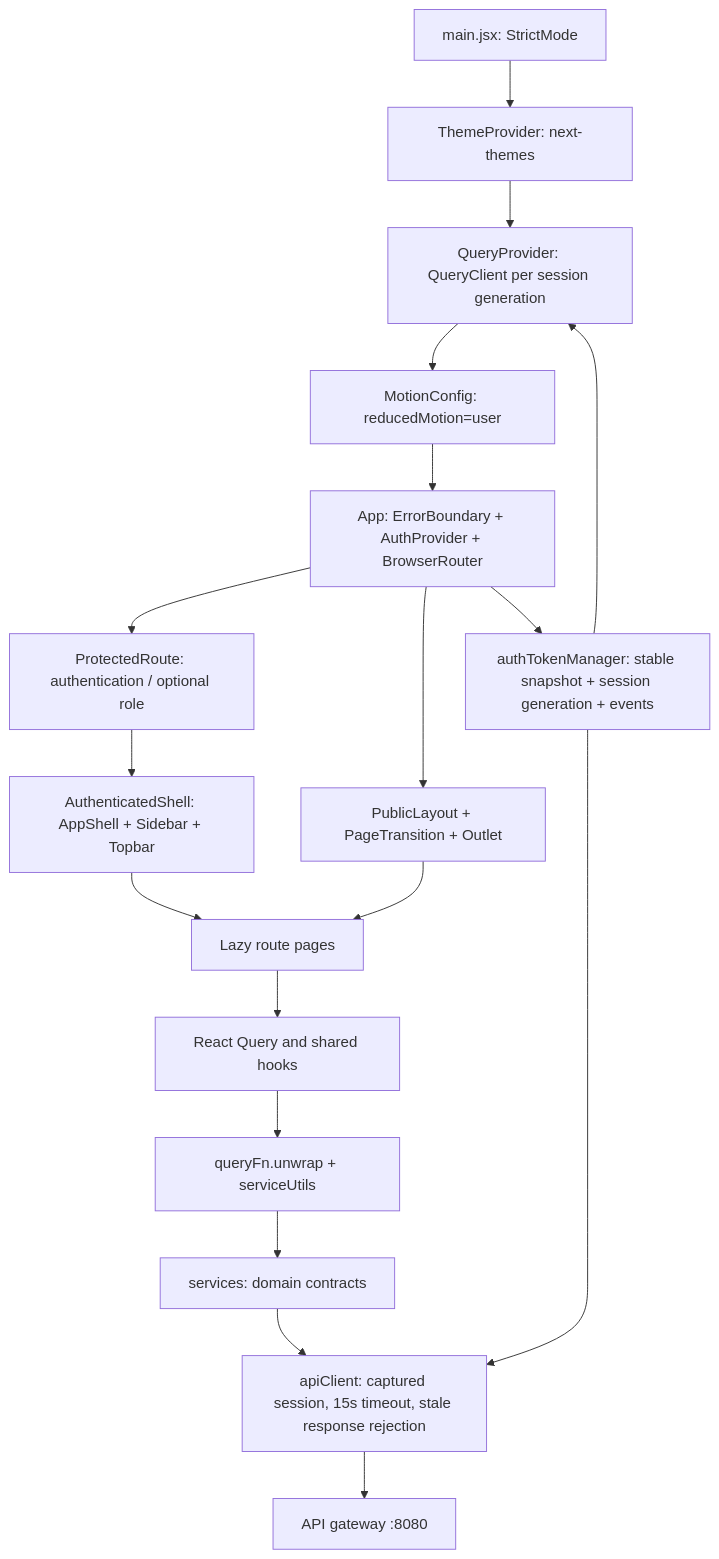
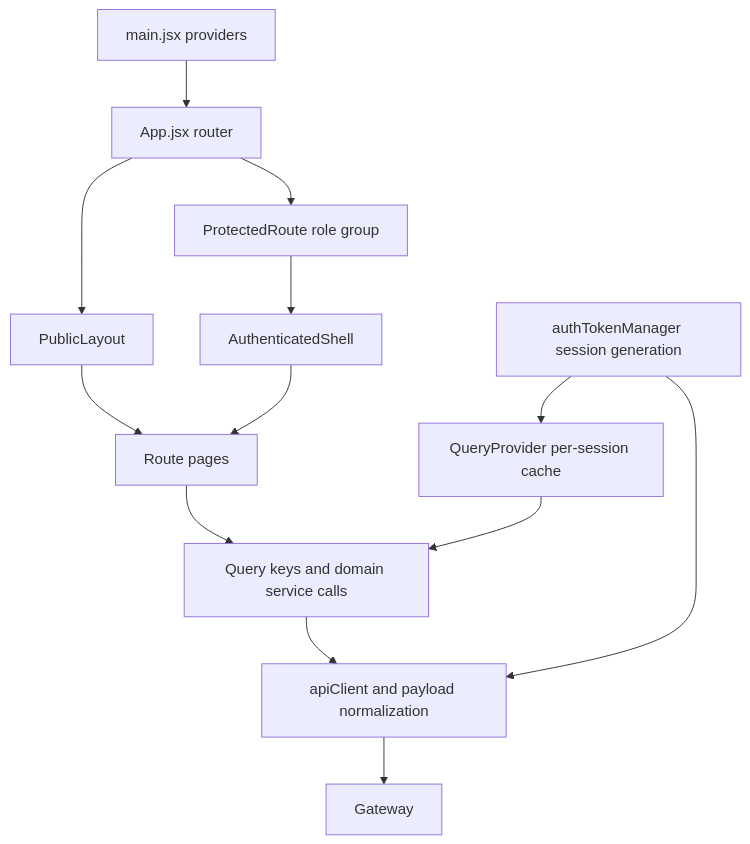
One commit to ShousenZHANG/project-contest-platform changed the diagram in docs/CODEMAPS/frontend.md. Above: the diagram before and after it, drawn with Mermaid. The commit also changed other lines of this file and 350 other files, not shown here.

````diff
--- a/docs/CODEMAPS/frontend.md
+++ b/docs/CODEMAPS/frontend.md
@@ -21,20 +14,15 @@
 ```mermaid
 flowchart TD
-    Main[main.jsx: StrictMode] --> Theme[ThemeProvider: next-themes]
-    Theme --> Query[QueryProvider: QueryClient per session generation]
-    Query --> Motion[MotionConfig: reducedMotion=user]
-    Motion --> App[App: ErrorBoundary + AuthProvider + BrowserRouter]
-    App --> Public[PublicLayout + PageTransition + Outlet]
-    App --> Guard[ProtectedRoute: authentication / optional role]
-    Guard --> Shell[AuthenticatedShell: AppShell + Sidebar + Topbar]
-    Shell --> Pages[Lazy route pages]
-    Public --> Pages
-    Pages --> Hooks[React Query and shared hooks]
-    Hooks --> Unwrap[queryFn.unwrap + serviceUtils]
-    Unwrap --> Services[services: domain contracts]
-    Services --> Axios[apiClient: captured session, 15s timeout, stale response rejection]
-    Axios --> Gateway[API gateway :8080]
-    App --> Session[authTokenManager: stable snapshot + session generation + events]
-    Session --> Axios
-    Session --> Query
+    Main[main.jsx providers] --> Router[App.jsx router]
+    Router --> Public[PublicLayout]
+    Router --> Guard[ProtectedRoute role group]
+    Guard --> Shell[AuthenticatedShell]
+    Public --> Pages[Route pages]
+    Shell --> Pages
+    Pages --> Queries[Query keys and domain service calls]
+    Queries --> Adapter[apiClient and payload normalization]
+    Adapter --> Gateway[Gateway]
+    Session[authTokenManager session generation] --> Adapter
+    Session --> Cache[QueryProvider per-session cache]
+    Cache --> Queries
 ```
````
